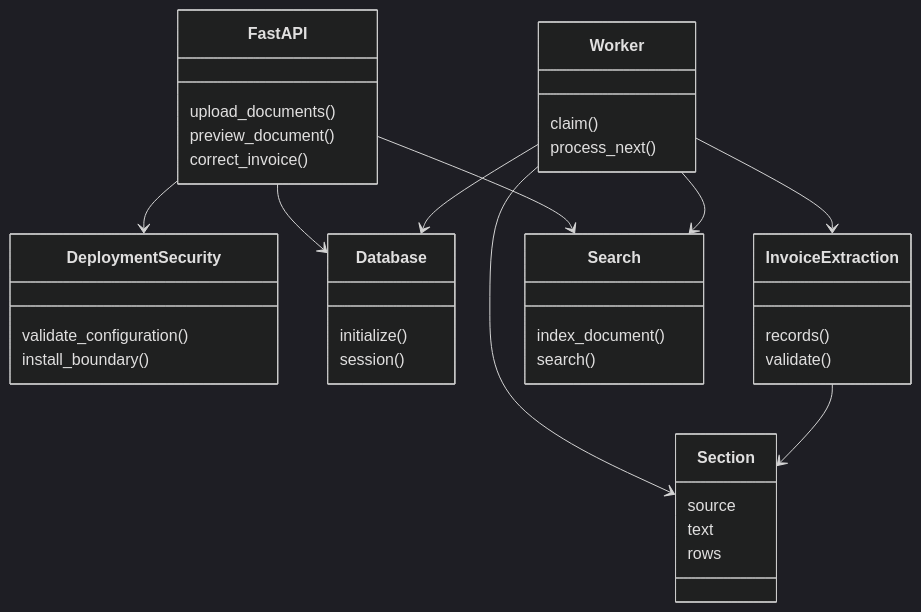
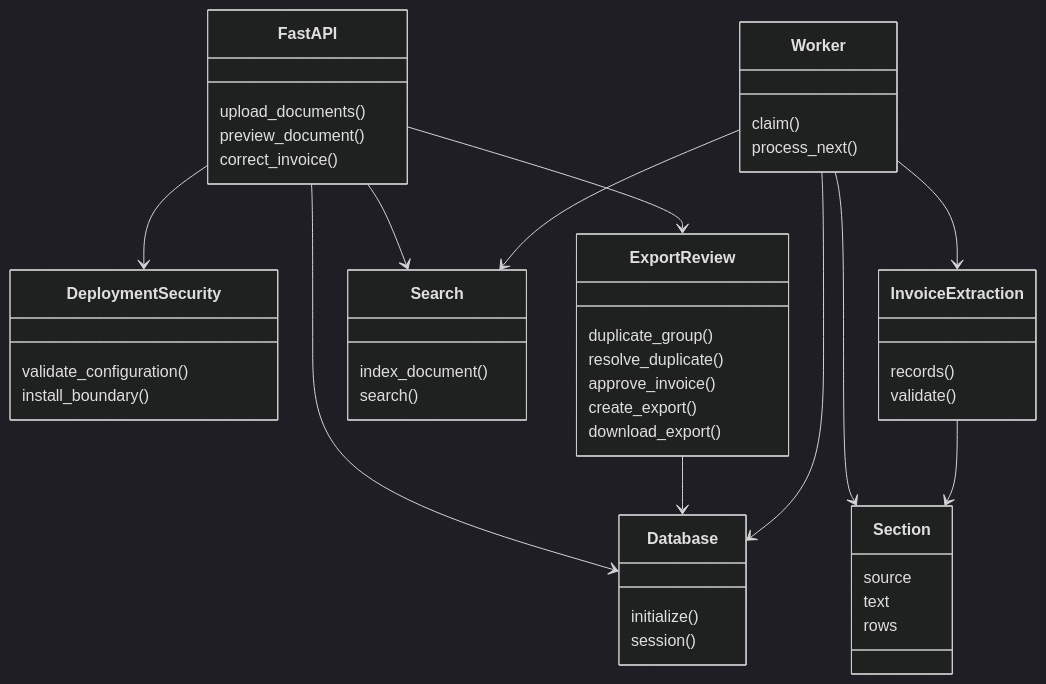
The third of 3 diagrams in docs/SYSTEM_DESIGN.md (Alfa5nm/care-guide-ledger-review), drawn with Mermaid (dark theme) before and after one commit. The commit also changed other lines of this file and 16 other files, not shown here.

Commit message:
Add revision-checked invoice review and CSV exports

````diff
--- a/docs/SYSTEM_DESIGN.md
+++ b/docs/SYSTEM_DESIGN.md
@@ -67,41 +96,50 @@
 ```mermaid
 classDiagram
     class FastAPI {
       upload_documents()
       preview_document()
       correct_invoice()
     }
     class DeploymentSecurity {
       validate_configuration()
       install_boundary()
     }
     class Section {
       source
       text
       rows
     }
     class Database {
       initialize()
       session()
     }
     class Worker {
       claim()
       process_next()
     }
     class InvoiceExtraction {
       records()
       validate()
     }
     class Search {
       index_document()
       search()
     }
+    class ExportReview {
+      duplicate_group()
+      resolve_duplicate()
+      approve_invoice()
+      create_export()
+      download_export()
+    }
     FastAPI --> DeploymentSecurity
     FastAPI --> Database
     FastAPI --> Search
+    FastAPI --> ExportReview
+    ExportReview --> Database
     Worker --> Database
     Worker --> Section
     Worker --> InvoiceExtraction
     Worker --> Search
     InvoiceExtraction --> Section
 ```
````
